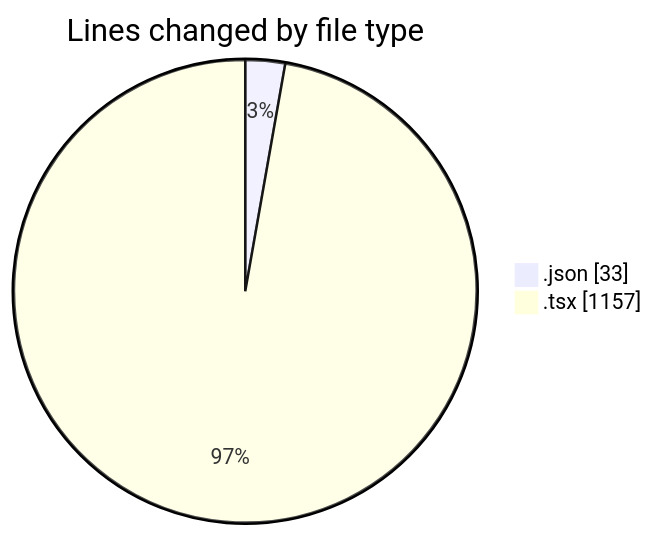
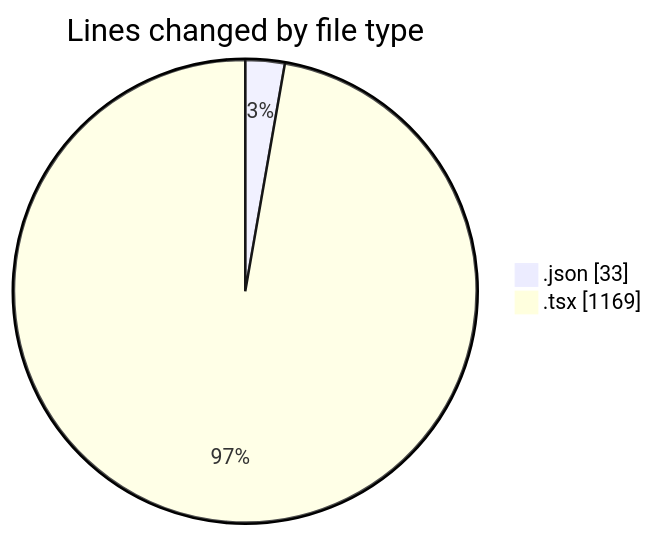
One commit to Elitesun/code-tracking changed the first of 2 diagrams in 2025-03-11/projet_stage/README.md. Above: the diagram before and after it, drawn with Mermaid. The commit also changed other lines of this file and 1 other file, not shown here.

````diff
--- a/2025-03-11/projet_stage/README.md
+++ b/2025-03-11/projet_stage/README.md
@@ -30,6 +30,6 @@
 ```mermaid
 pie showData
 title Lines changed by file type
 ".json" : 33
-".tsx" : 1157
+".tsx" : 1169
 ```
````
